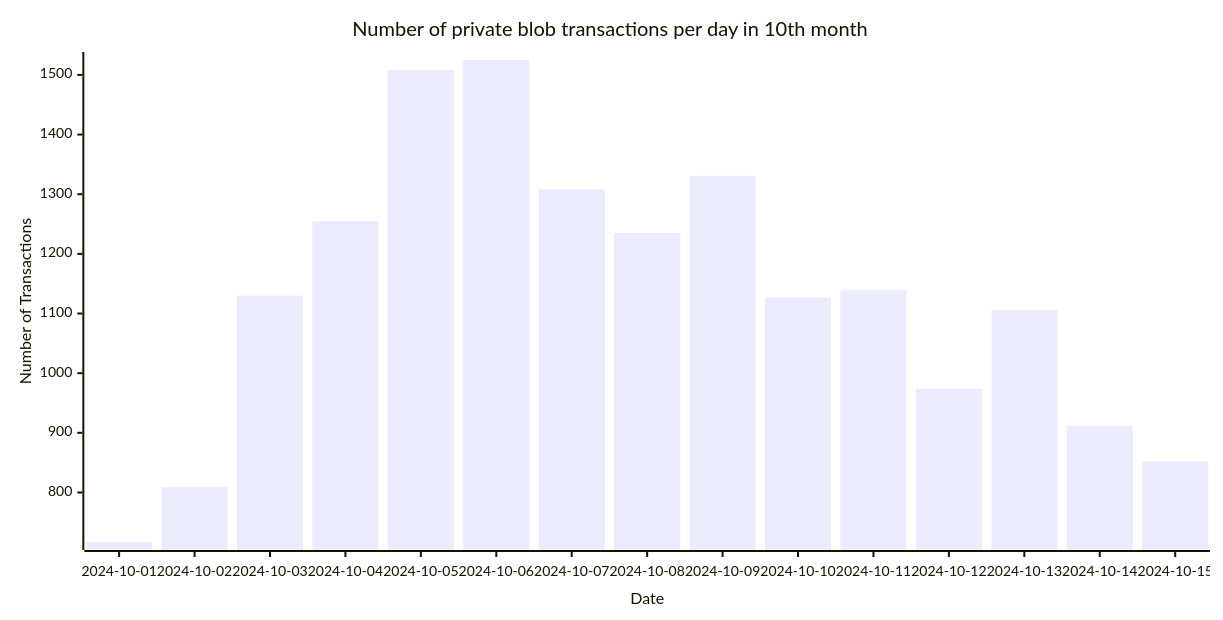
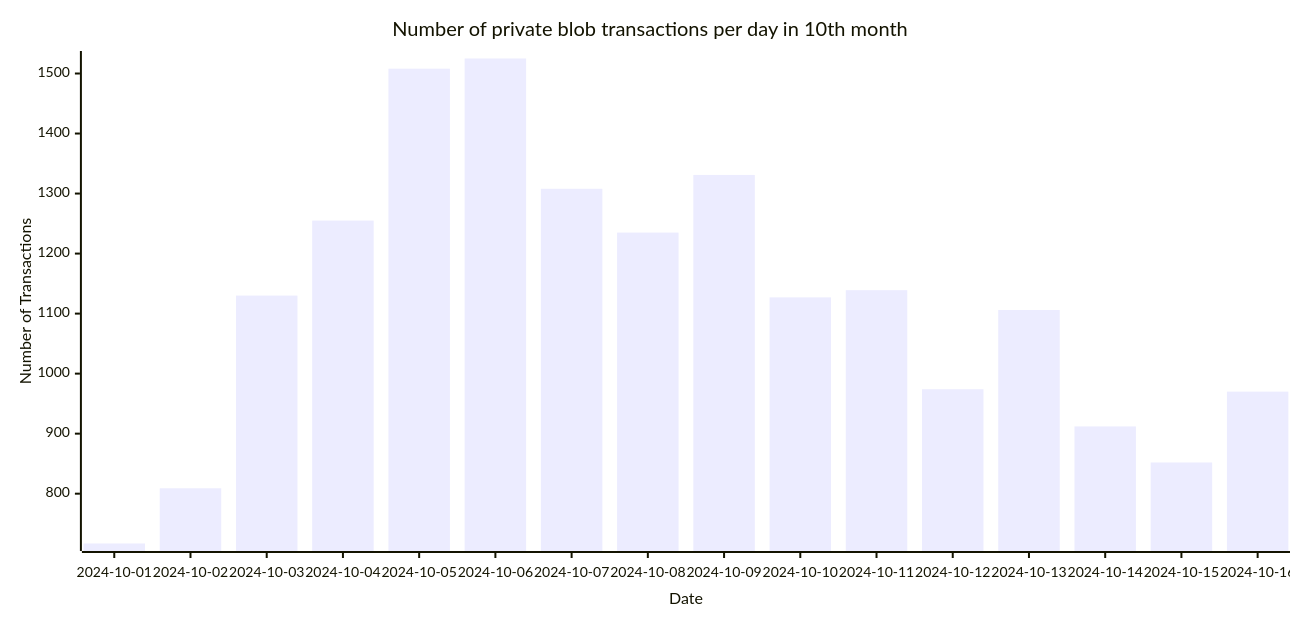
Before and after one commit to Amit0617/eip4844-data: the eighth of 8 diagrams in README.md, drawn with Mermaid. The commit also changed 1 other file, not shown here.

````diff
--- a/README.md
+++ b/README.md
@@ -92,12 +92,12 @@
 ```mermaid
 ---
 config:
     xyChart:
-        width: 1200
+        width: 1280
         height: 600
 ---
 xychart-beta title "Number of private blob transactions per day in 10th month"
-x-axis "Date" [2024-10-01,2024-10-02,2024-10-03,2024-10-04,2024-10-05,2024-10-06,2024-10-07,2024-10-08,2024-10-09,2024-10-10,2024-10-11,2024-10-12,2024-10-13,2024-10-14,2024-10-15]
+x-axis "Date" [2024-10-01,2024-10-02,2024-10-03,2024-10-04,2024-10-05,2024-10-06,2024-10-07,2024-10-08,2024-10-09,2024-10-10,2024-10-11,2024-10-12,2024-10-13,2024-10-14,2024-10-15,2024-10-16]
 y-axis "Number of Transactions"
-bar[717,809,1130,1255,1508,1525,1308,1235,1331,1127,1139,974,1106,912,852]
+bar[717,809,1130,1255,1508,1525,1308,1235,1331,1127,1139,974,1106,912,852,970]
 ```
````
